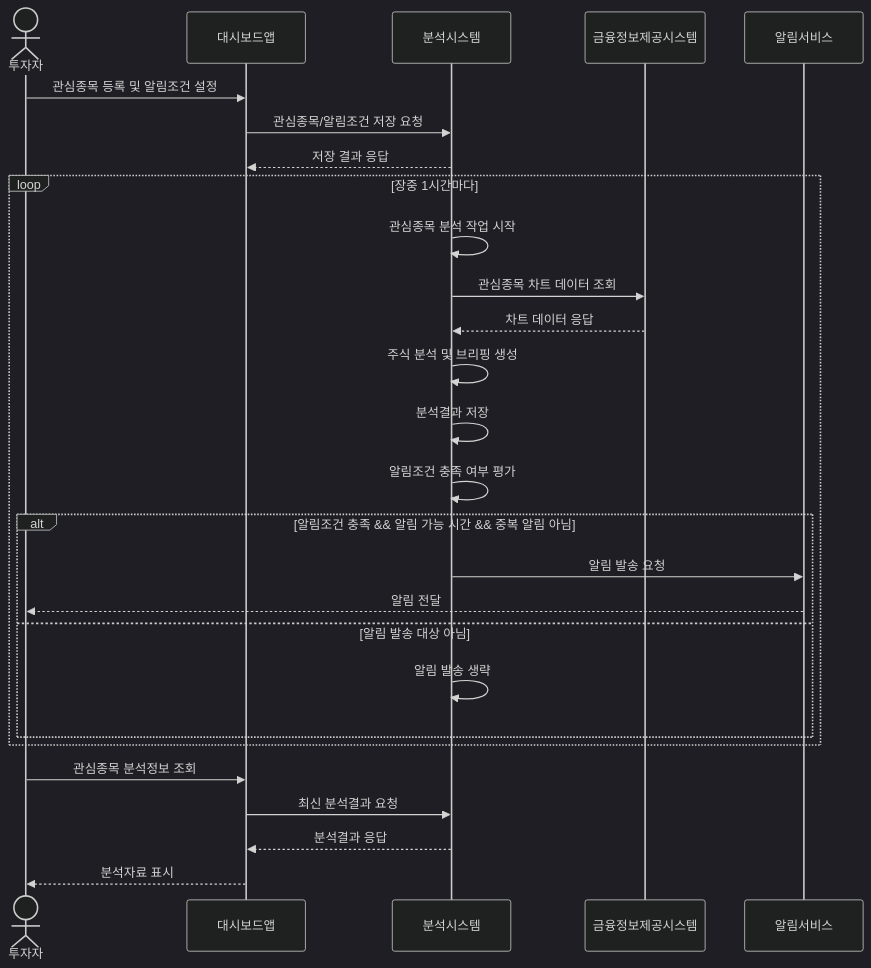
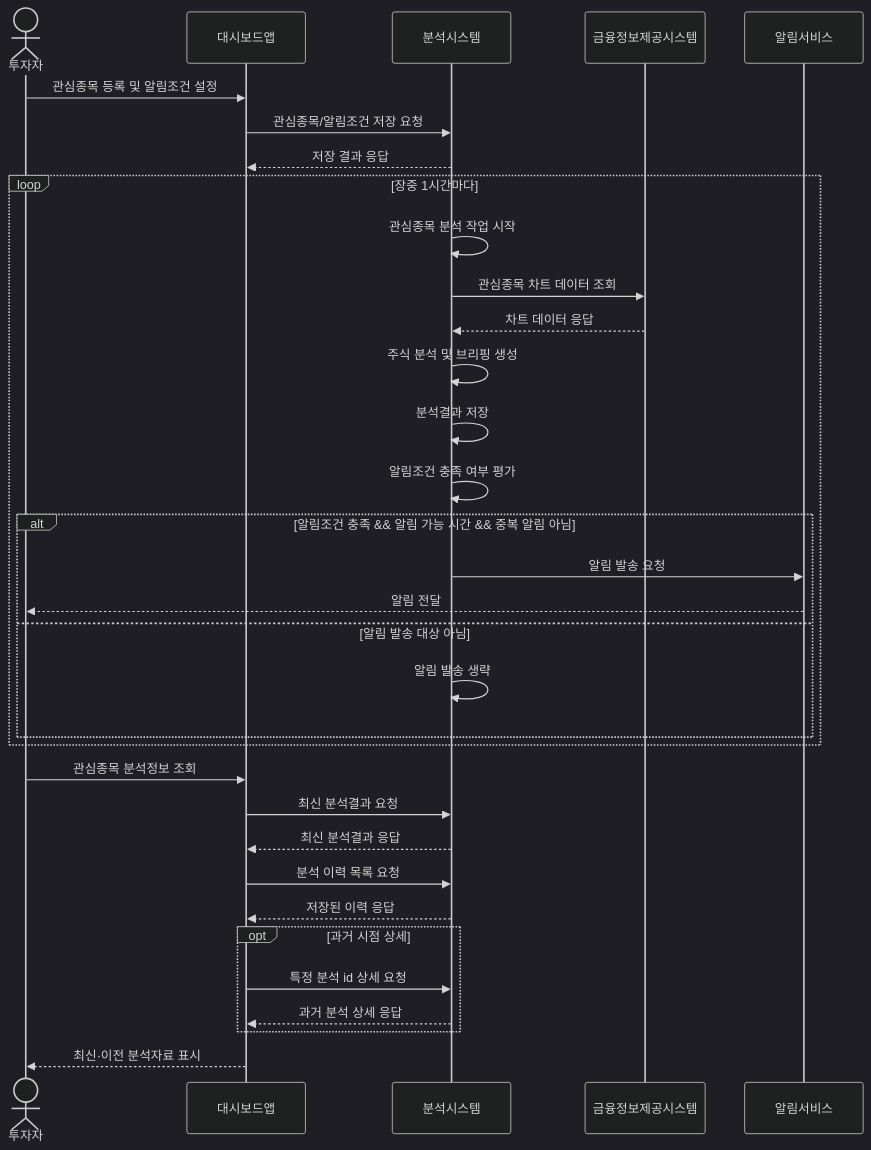
Before and after one commit to kysuk05/stock-agent: the second of 2 diagrams in design/mvp_system_design.md, drawn with Mermaid (dark theme). The commit also changed other lines of this file and 12 other files, not shown here.

````diff
--- a/design/mvp_system_design.md
+++ b/design/mvp_system_design.md
@@ -114,33 +114,39 @@
 ```mermaid
 sequenceDiagram
     actor 투자자
     participant 대시보드앱
     participant 분석시스템
     participant 금융정보제공시스템
     participant 알림서비스
 
     투자자->>대시보드앱: 관심종목 등록 및 알림조건 설정
     대시보드앱->>분석시스템: 관심종목/알림조건 저장 요청
     분석시스템-->>대시보드앱: 저장 결과 응답
 
     loop 장중 1시간마다
         분석시스템->>분석시스템: 관심종목 분석 작업 시작
         분석시스템->>금융정보제공시스템: 관심종목 차트 데이터 조회
         금융정보제공시스템-->>분석시스템: 차트 데이터 응답
         분석시스템->>분석시스템: 주식 분석 및 브리핑 생성
         분석시스템->>분석시스템: 분석결과 저장
         분석시스템->>분석시스템: 알림조건 충족 여부 평가
 
         alt 알림조건 충족 && 알림 가능 시간 && 중복 알림 아님
             분석시스템->>알림서비스: 알림 발송 요청
             알림서비스-->>투자자: 알림 전달
         else 알림 발송 대상 아님
             분석시스템->>분석시스템: 알림 발송 생략
         end
     end
 
     투자자->>대시보드앱: 관심종목 분석정보 조회
     대시보드앱->>분석시스템: 최신 분석결과 요청
-    분석시스템-->>대시보드앱: 분석결과 응답
-    대시보드앱-->>투자자: 분석자료 표시
+    분석시스템-->>대시보드앱: 최신 분석결과 응답
+    대시보드앱->>분석시스템: 분석 이력 목록 요청
+    분석시스템-->>대시보드앱: 저장된 이력 응답
+    opt 과거 시점 상세
+        대시보드앱->>분석시스템: 특정 분석 id 상세 요청
+        분석시스템-->>대시보드앱: 과거 분석 상세 응답
+    end
+    대시보드앱-->>투자자: 최신·이전 분석자료 표시
 ```
````
